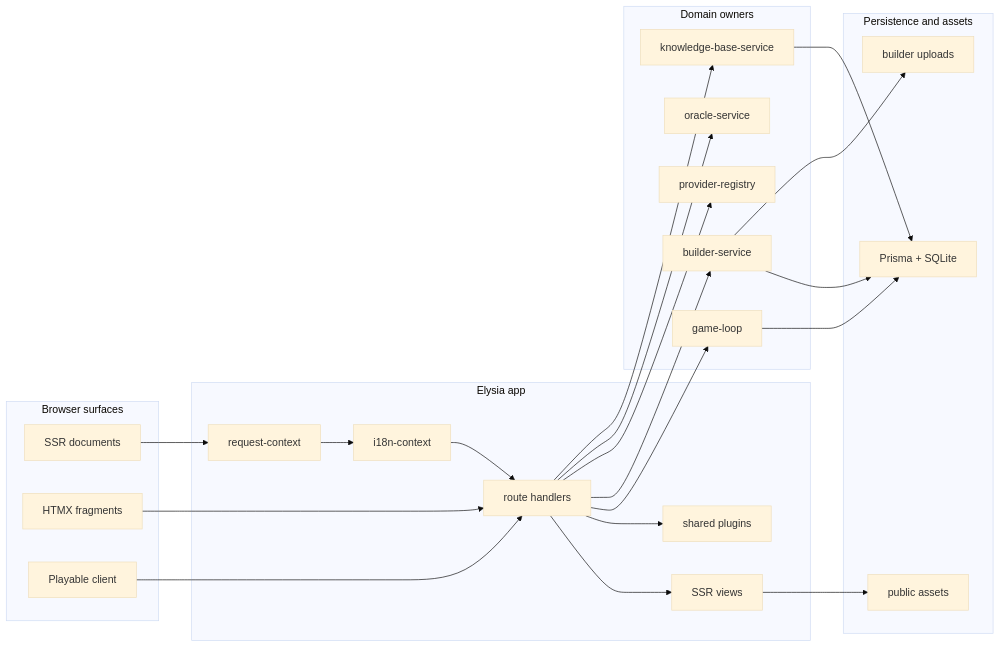
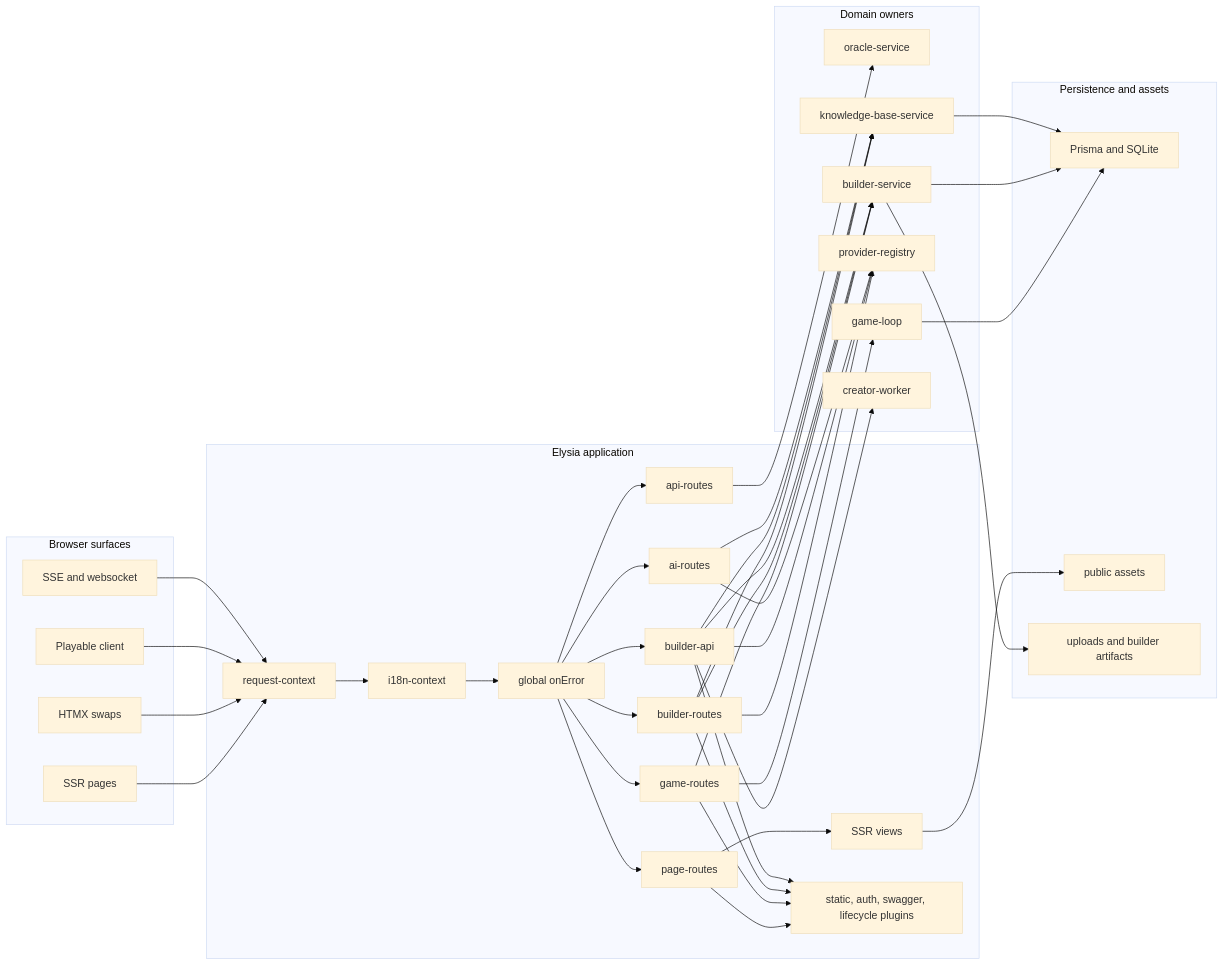
Before and after one commit to d4551/tea: the first of 5 diagrams in README.md, drawn with Mermaid (base theme). The commit also changed other lines of this file and 1 other file, not shown here.

First line of the commit message:
Enhance README with overview, badges, and diagrams

````diff
--- a/README.md
+++ b/README.md
@@ -38,48 +78,72 @@
 ```mermaid
 flowchart LR
-  subgraph Browser["Browser surfaces"]
-    SSR["SSR documents"]
-    HTMX["HTMX fragments"]
-    Runtime["Playable client"]
+  subgraph Browser [Browser surfaces]
+    Home["SSR pages"]
+    Htmx["HTMX swaps"]
+    Playable["Playable client"]
+    Hud["SSE and websocket"]
   end
 
-  subgraph Server["Elysia app"]
+  subgraph Server [Elysia application]
     Request["request-context"]
     I18n["i18n-context"]
-    Routes["route handlers"]
+    Error["global onError"]
+    Pages["page-routes"]
+    GameRoutes["game-routes"]
+    Api["api-routes"]
+    BuilderRoutes["builder-routes"]
+    BuilderApi["builder-api"]
+    AiRoutes["ai-routes"]
     Views["SSR views"]
-    Plugins["shared plugins"]
+    Plugins["static, auth, swagger, lifecycle plugins"]
   end
 
-  subgraph Domain["Domain owners"]
+  subgraph Domain [Domain owners]
+    Oracle["oracle-service"]
     Game["game-loop"]
     Builder["builder-service"]
-    AI["provider-registry"]
-    Oracle["oracle-service"]
+    Registry["provider-registry"]
     Knowledge["knowledge-base-service"]
+    Worker["creator-worker"]
   end
 
-  subgraph Data["Persistence and assets"]
-    Prisma["Prisma + SQLite"]
+  subgraph Data [Persistence and assets]
+    Prisma["Prisma and SQLite"]
     Public["public assets"]
-    Uploads["builder uploads"]
+    Uploads["uploads and builder artifacts"]
   end
 
-  SSR --> Request
-  HTMX --> Routes
-  Runtime --> Routes
-  Request --> I18n
-  I18n --> Routes
-  Routes --> Views
-  Routes --> Plugins
-  Routes --> Game
-  Routes --> Builder
-  Routes --> AI
-  Routes --> Oracle
-  Routes --> Knowledge
+  Home --> Request
+  Htmx --> Request
+  Playable --> Request
+  Hud --> Request
+  Request --> I18n --> Error
+  Error --> Pages
+  Error --> GameRoutes
+  Error --> Api
+  Error --> BuilderRoutes
+  Error --> BuilderApi
+  Error --> AiRoutes
+  Pages --> Views
+  GameRoutes --> Game
+  GameRoutes --> Builder
+  Api --> Oracle
+  BuilderRoutes --> Builder
+  BuilderRoutes --> Registry
+  BuilderRoutes --> Knowledge
+  BuilderApi --> Builder
+  BuilderApi --> Worker
+  BuilderApi --> Registry
+  BuilderApi --> Knowledge
+  AiRoutes --> Registry
+  AiRoutes --> Knowledge
+  Pages --> Plugins
+  GameRoutes --> Plugins
+  BuilderRoutes --> Plugins
+  BuilderApi --> Plugins
   Game --> Prisma
   Builder --> Prisma
   Knowledge --> Prisma
   Views --> Public
   Builder --> Uploads
 ```
````
